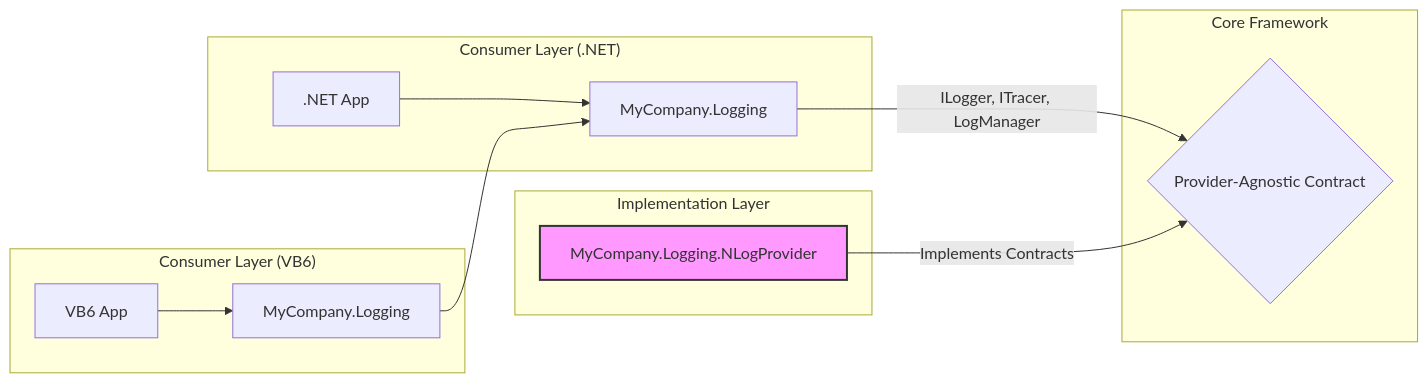
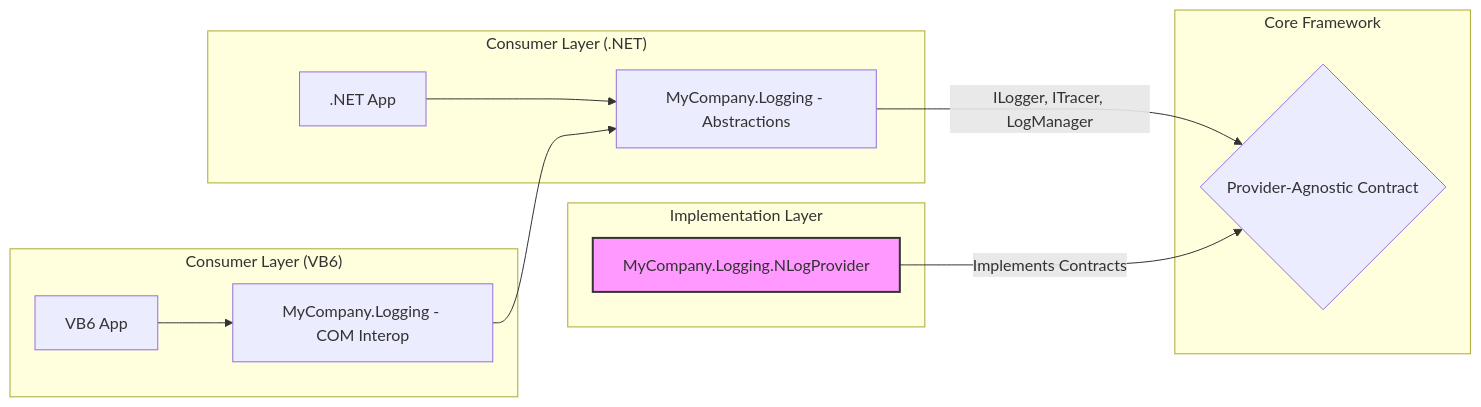
One commit to Brahmin95/LegacyComLogger changed the second of 2 diagrams in docs/wiki.md. Above: the diagram before and after it, drawn with Mermaid. The commit also changed other lines of this file and 1 other file, not shown here.

````diff
--- a/docs/wiki.md
+++ b/docs/wiki.md
@@ -68,21 +68,21 @@
 ```mermaid
 graph LR
     subgraph "Consumer Layer (VB6)"
-        A[VB6 App] --> B[MyCompany.Logging]
+        A[VB6 App] --> B[MyCompany.Logging - COM Interop]
     end
     subgraph "Consumer Layer (.NET)"
-        C[.NET App] --> D[MyCompany.Logging]
+        C[.NET App] --> D[MyCompany.Logging - Abstractions]
     end
     
     B --> D
     
     subgraph "Core Framework"
         D -- "ILogger, ITracer, LogManager" --> E{Provider-Agnostic Contract}
     end
 
     subgraph "Implementation Layer"
        F[MyCompany.Logging.NLogProvider] -- "Implements Contracts" --> E
     end
 
     style F fill:#f9f,stroke:#333,stroke-width:2px
 ```
````
